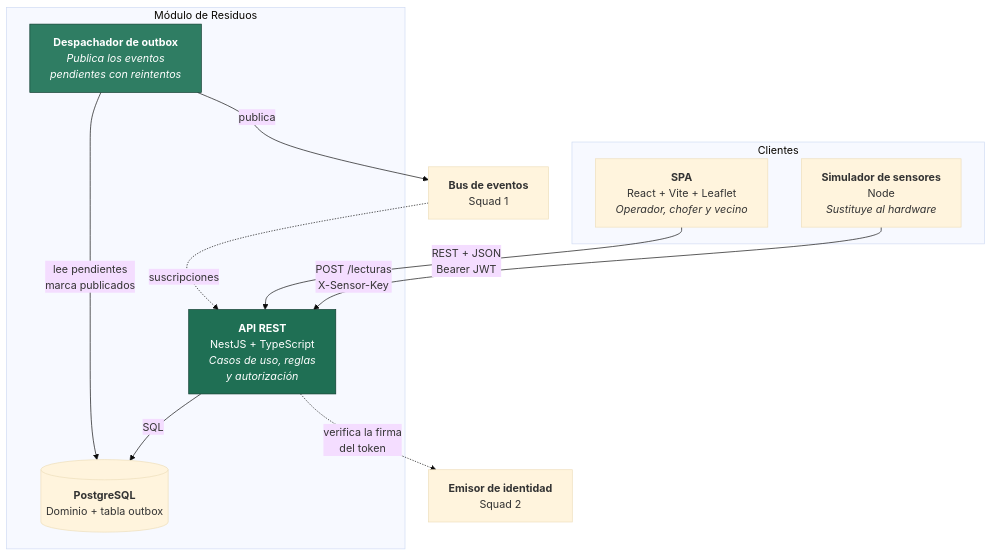
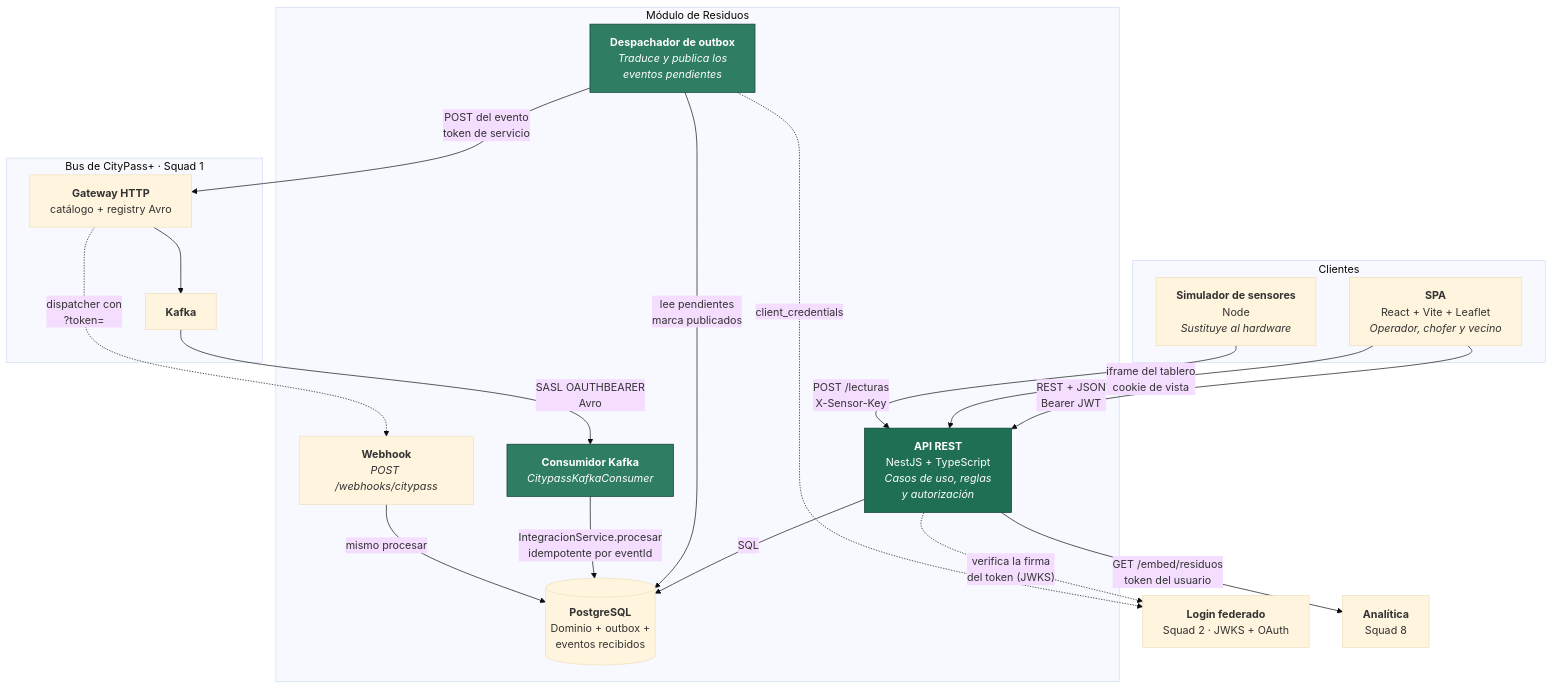
One commit to ResiduosCityPass/citypass-residuos changed the third of 12 diagrams in docs/arquitectura/diagramas.md. Above: the diagram before and after it, drawn with Mermaid (base theme). The commit also changed other lines of this file and 12 other files, not shown here.

First line of the commit message:
docs(adr): ADR-010 a 013, diagramas con vista cloud y evidencia de tests

````diff
--- a/docs/arquitectura/diagramas.md
+++ b/docs/arquitectura/diagramas.md
@@ -140,27 +143,41 @@
 ```mermaid
 flowchart TB
     subgraph clientes["Clientes"]
         spa["<b>SPA</b><br/>React + Vite + Leaflet<br/><i>Operador, chofer y vecino</i>"]
         simulador["<b>Simulador de sensores</b><br/>Node<br/><i>Sustituye al hardware</i>"]
     end
 
     subgraph modulo["Módulo de Residuos"]
         api["<b>API REST</b><br/>NestJS + TypeScript<br/><i>Casos de uso, reglas<br/>y autorización</i>"]
-        despachador["<b>Despachador de outbox</b><br/><i>Publica los eventos<br/>pendientes con reintentos</i>"]
-        db[("<b>PostgreSQL</b><br/>Dominio + tabla outbox")]
+        consumidor["<b>Consumidor Kafka</b><br/><i>CitypassKafkaConsumer</i>"]
+        webhook["<b>Webhook</b><br/><i>POST /webhooks/citypass</i>"]
+        despachador["<b>Despachador de outbox</b><br/><i>Traduce y publica los<br/>eventos pendientes</i>"]
+        db[("<b>PostgreSQL</b><br/>Dominio + outbox +<br/>eventos recibidos")]
     end
 
-    bus["<b>Bus de eventos</b><br/>Squad 1"]
-    idp["<b>Emisor de identidad</b><br/>Squad 2"]
+    subgraph eda["Bus de CityPass+ · Squad 1"]
+        gateway["<b>Gateway HTTP</b><br/>catálogo + registry Avro"]
+        kafka["<b>Kafka</b>"]
+    end
+    idp["<b>Login federado</b><br/>Squad 2 · JWKS + OAuth"]
+    bi["<b>Analítica</b><br/>Squad 8"]
 
     spa -->|"REST + JSON<br/>Bearer JWT"| api
+    spa -->|"iframe del tablero<br/>cookie de vista"| api
     simulador -->|"POST /lecturas<br/>X-Sensor-Key"| api
     api -->|"SQL"| db
-    api -.->|"verifica la firma<br/>del token"| idp
+    api -.->|"verifica la firma<br/>del token (JWKS)"| idp
+    api -->|"GET /embed/residuos<br/>token del usuario"| bi
     despachador -->|"lee pendientes<br/>marca publicados"| db
-    despachador -->|"publica"| bus
-    bus -.->|"suscripciones"| api
+    despachador -->|"POST del evento<br/>token de servicio"| gateway
+    despachador -.->|"client_credentials"| idp
+    gateway --> kafka
+    kafka -->|"SASL OAUTHBEARER<br/>Avro"| consumidor
+    gateway -.->|"dispatcher con<br/>?token="| webhook
+    consumidor -->|"IntegracionService.procesar<br/>idempotente por eventId"| db
+    webhook -->|"mismo procesar"| db
 
     style api fill:#1f6f54,stroke:#0d3b2e,color:#ffffff
     style despachador fill:#2f7d63,stroke:#0d3b2e,color:#ffffff
+    style consumidor fill:#2f7d63,stroke:#0d3b2e,color:#ffffff
 ```
````
